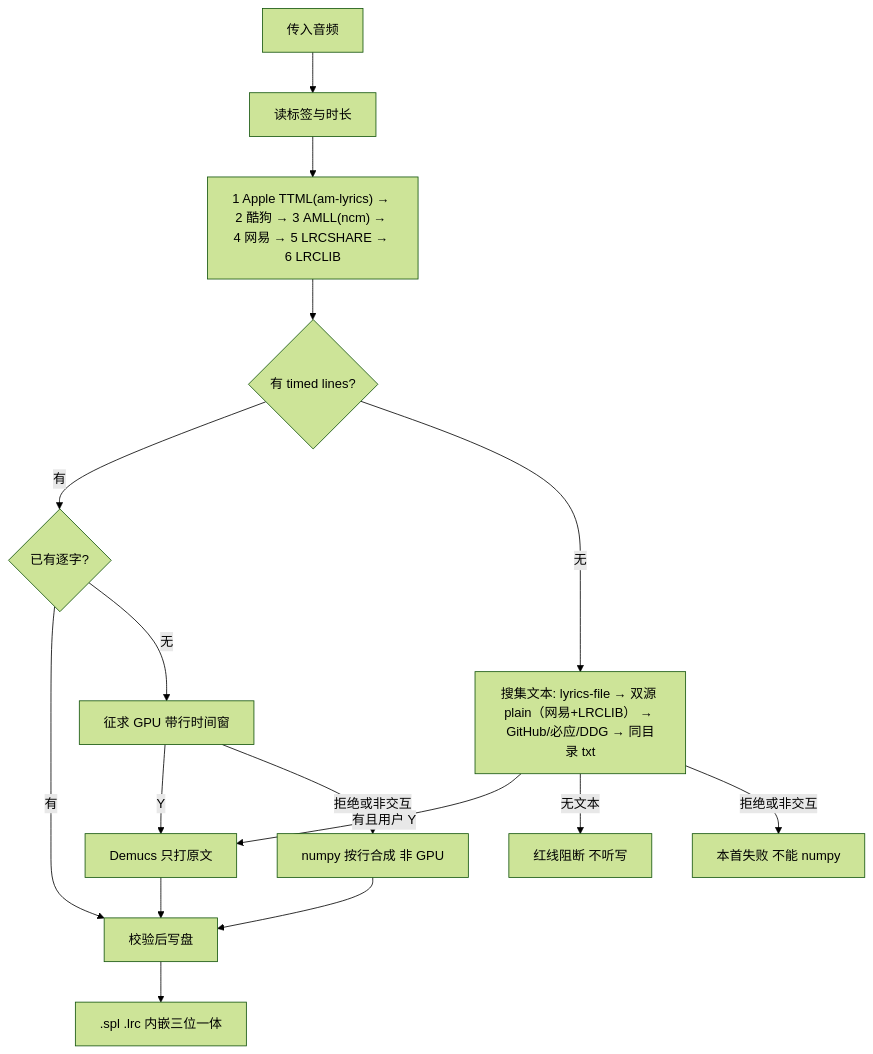
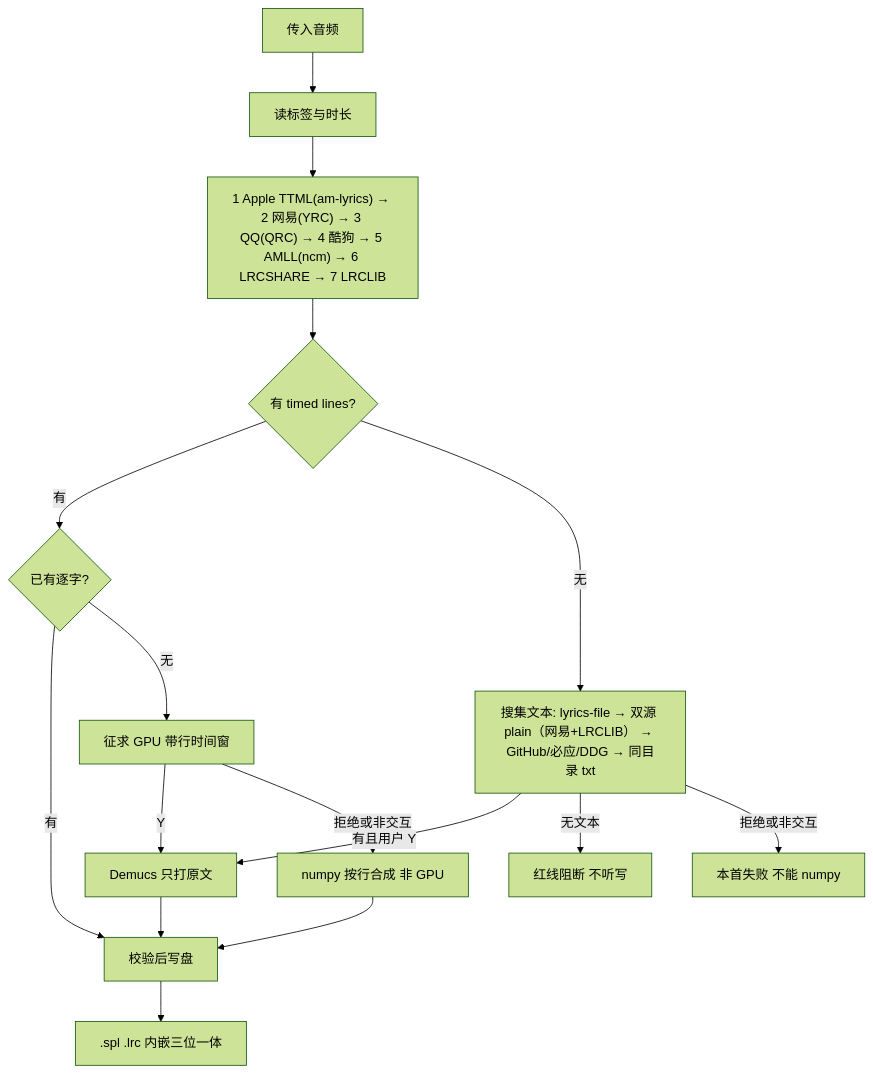
Before and after one commit to sxsxhhi/music-tag-lyrics: the diagram in SKILL.md, drawn with Mermaid (forest theme). The commit also changed other lines of this file and 20 other files, not shown here.

````diff
--- a/SKILL.md
+++ b/SKILL.md
@@ -16,18 +16,18 @@
 ```mermaid
 flowchart TD
   Start[传入音频] --> Read[读标签与时长]
-  Read --> Ladder["1 Apple TTML(am-lyrics) → 2 酷狗 → 3 AMLL(ncm) → 4 网易 → 5 LRCSHARE → 6 LRCLIB"]
+  Read --> Ladder["1 Apple TTML(am-lyrics) → 2 网易(YRC) → 3 QQ(QRC) → 4 酷狗 → 5 AMLL(ncm) → 6 LRCSHARE → 7 LRCLIB"]
   Ladder --> HasLines{有 timed lines?}
   HasLines -->|有| Words{已有逐字?}
   Words -->|有| Valid[校验后写盘]
   Words -->|无| AskLine[征求 GPU 带行时间窗]
   AskLine -->|Y| GPU[Demucs 只打原文]
   AskLine -->|拒绝或非交互| Synth[numpy 按行合成 非 GPU]
   HasLines -->|无| Text["搜集文本: lyrics-file → 双源 plain（网易+LRCLIB） → GitHub/必应/DDG → 同目录 txt"]
   Text -->|有且用户 Y| GPU
   Text -->|无文本| Block[红线阻断 不听写]
   Text -->|拒绝或非交互| Fail[本首失败 不能 numpy]
   GPU --> Valid
   Synth --> Valid
   Valid --> Out[".spl .lrc 内嵌三位一体"]
 ```
````
